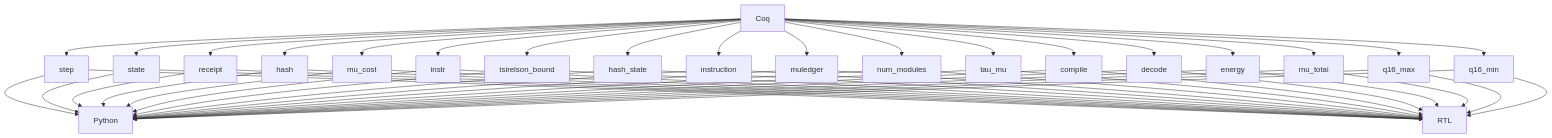
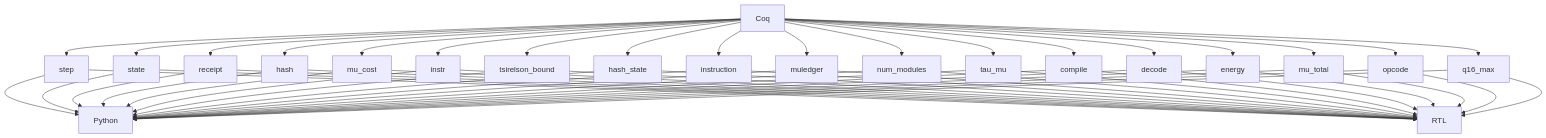
The third of 3 diagrams in artifacts/ATLAS.md (sethirus/The-Thiele-Machine), drawn with Mermaid before and after one commit. The commit also changed other lines of this file and 473 other files, not shown here.

````diff
--- a/artifacts/ATLAS.md
+++ b/artifacts/ATLAS.md
@@ -756,78 +785,78 @@
 ```mermaid
 flowchart TB
   C["Coq"]
   P["Python"]
   R["RTL"]
   T1["step"]
   C --> T1
   T1 --> P
   T1 --> R
   T2["state"]
   C --> T2
   T2 --> P
   T2 --> R
   T3["receipt"]
   C --> T3
   T3 --> P
   T3 --> R
   T4["hash"]
   C --> T4
   T4 --> P
   T4 --> R
   T5["mu_cost"]
   C --> T5
   T5 --> P
   T5 --> R
   T6["instr"]
   C --> T6
   T6 --> P
   T6 --> R
   T7["tsirelson_bound"]
   C --> T7
   T7 --> P
   T7 --> R
   T8["hash_state"]
   C --> T8
   T8 --> P
   T8 --> R
   T9["instruction"]
   C --> T9
   T9 --> P
   T9 --> R
   T10["muledger"]
   C --> T10
   T10 --> P
   T10 --> R
   T11["num_modules"]
   C --> T11
   T11 --> P
   T11 --> R
   T12["tau_mu"]
   C --> T12
   T12 --> P
   T12 --> R
   T13["compile"]
   C --> T13
   T13 --> P
   T13 --> R
   T14["decode"]
   C --> T14
   T14 --> P
   T14 --> R
   T15["energy"]
   C --> T15
   T15 --> P
   T15 --> R
   T16["mu_total"]
   C --> T16
   T16 --> P
   T16 --> R
-  T17["q16_max"]
+  T17["opcode"]
   C --> T17
   T17 --> P
   T17 --> R
-  T18["q16_min"]
+  T18["q16_max"]
   C --> T18
   T18 --> P
   T18 --> R
 ```
````
